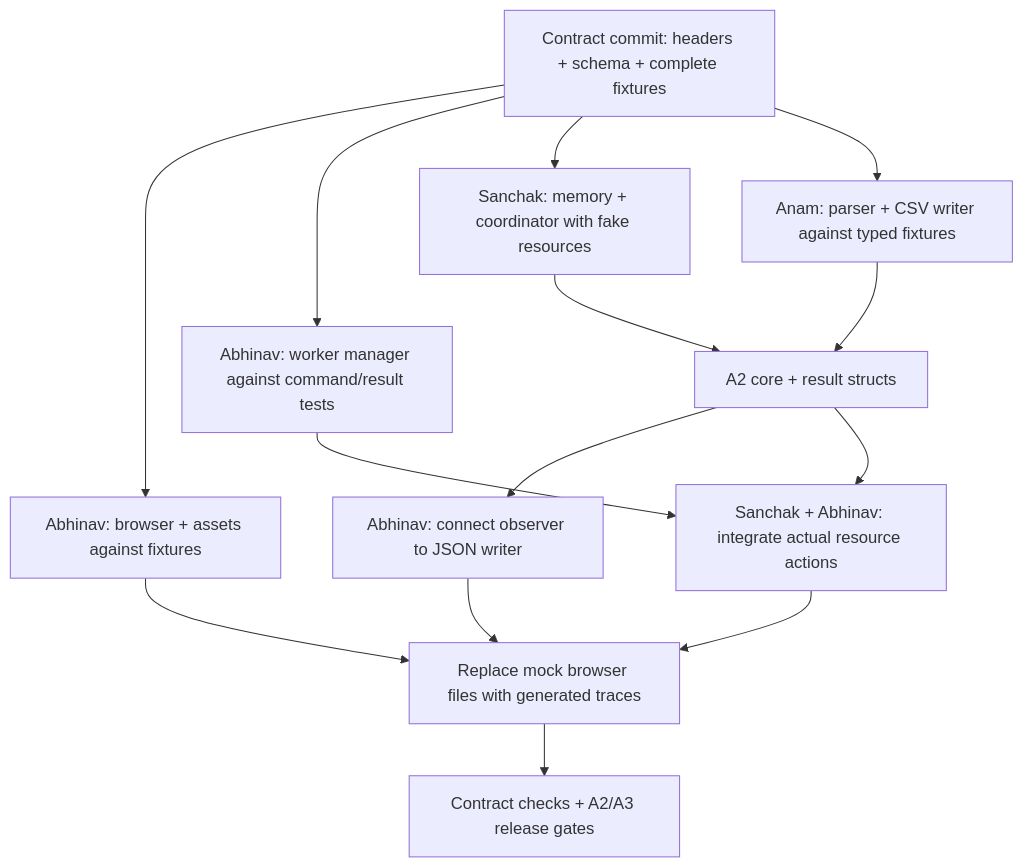
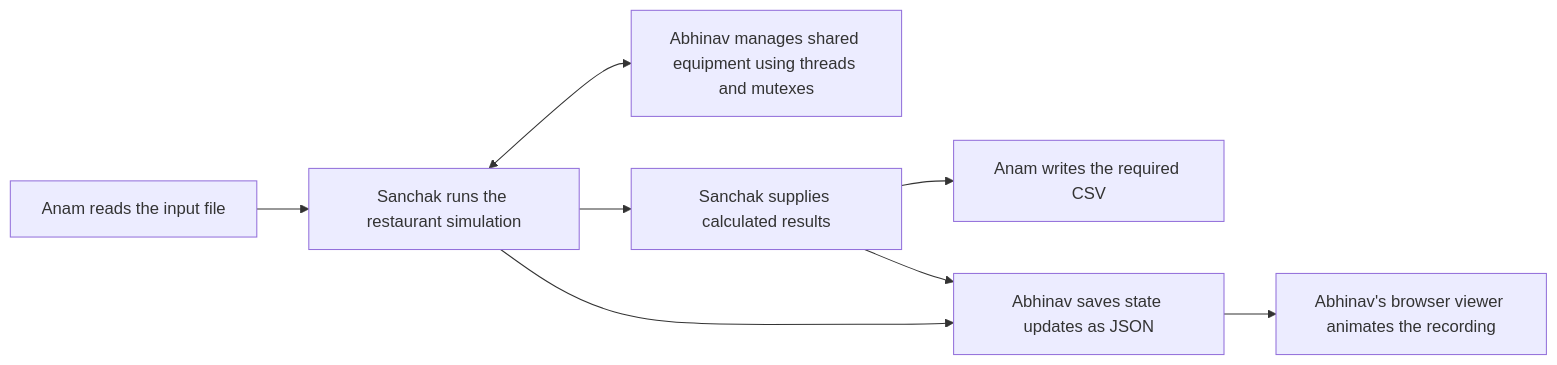
The diagram in plan.md (SanchakGarg/os-assignment-1), drawn with Mermaid before and after one commit. The commit also changed other lines of this file and 4 other files, not shown here.

````diff
--- a/plan.md
+++ b/plan.md
@@ -217,17 +51,10 @@
 ```mermaid
-flowchart TD
-    FREEZE["Contract commit: headers + schema + complete fixtures"]
-    FREEZE --> A["Abhinav: browser + assets against fixtures"]
-    FREEZE --> R["Abhinav: worker manager against command/result tests"]
-    FREEZE --> S["Sanchak: memory + coordinator with fake resources"]
-    FREEZE --> N["Anam: parser + CSV writer against typed fixtures"]
-    S --> CORE["A2 core + result structs"]
-    N --> CORE
-    CORE --> TRACE["Abhinav: connect observer to JSON writer"]
-    R --> FINAL["Sanchak + Abhinav: integrate actual resource actions"]
-    CORE --> FINAL
-    TRACE --> VIEW["Replace mock browser files with generated traces"]
-    A --> VIEW
-    FINAL --> VIEW
-    VIEW --> RELEASE["Contract checks + A2/A3 release gates"]
+flowchart LR
+    A["Anam reads the input file"] --> S["Sanchak runs the restaurant simulation"]
+    S <--> B["Abhinav manages shared equipment using threads and mutexes"]
+    S --> R["Sanchak supplies calculated results"]
+    R --> C["Anam writes the required CSV"]
+    S --> T["Abhinav saves state updates as JSON"]
+    R --> T
+    T --> W["Abhinav's browser viewer animates the recording"]
 ```
````
